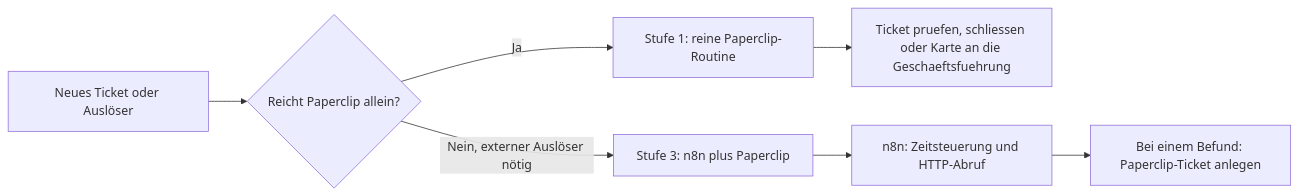
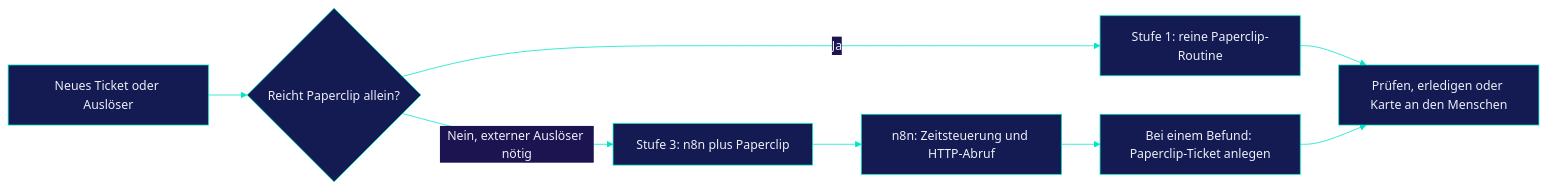
The diagram in README.md (zinburg-labs/ki-team-kostprobe), drawn with Mermaid before and after one commit. The commit also changed other lines of this file and 4 other files, not shown here.

Commit message:
README im Stil von consulting.zinburg.dev: Banner, Kurzüberblick, Drei-Schritte-Einstieg, Diagramme in den Farben der Website mit echten Umlauten, Rückverweise

````diff
--- a/README.md
+++ b/README.md
@@ -9,9 +27,11 @@
 ```mermaid
+%%{init: {'theme':'base','themeVariables':{'primaryColor':'#141A52','primaryTextColor':'#ECEFF7','primaryBorderColor':'#00E5C7','lineColor':'#00E5C7','secondaryColor':'#1C1450','tertiaryColor':'#0A0D2B'}}}%%
 flowchart LR
     A[Neues Ticket oder Auslöser] --> B{Reicht Paperclip allein?}
     B -- Ja --> C[Stufe 1: reine Paperclip-Routine]
     B -- Nein, externer Auslöser nötig --> D[Stufe 3: n8n plus Paperclip]
-    C --> E[Ticket pruefen, schliessen oder Karte an die Geschaeftsfuehrung]
+    C --> E[Prüfen, erledigen oder Karte an den Menschen]
     D --> F[n8n: Zeitsteuerung und HTTP-Abruf]
     F --> G[Bei einem Befund: Paperclip-Ticket anlegen]
+    G --> E
 ```
````
